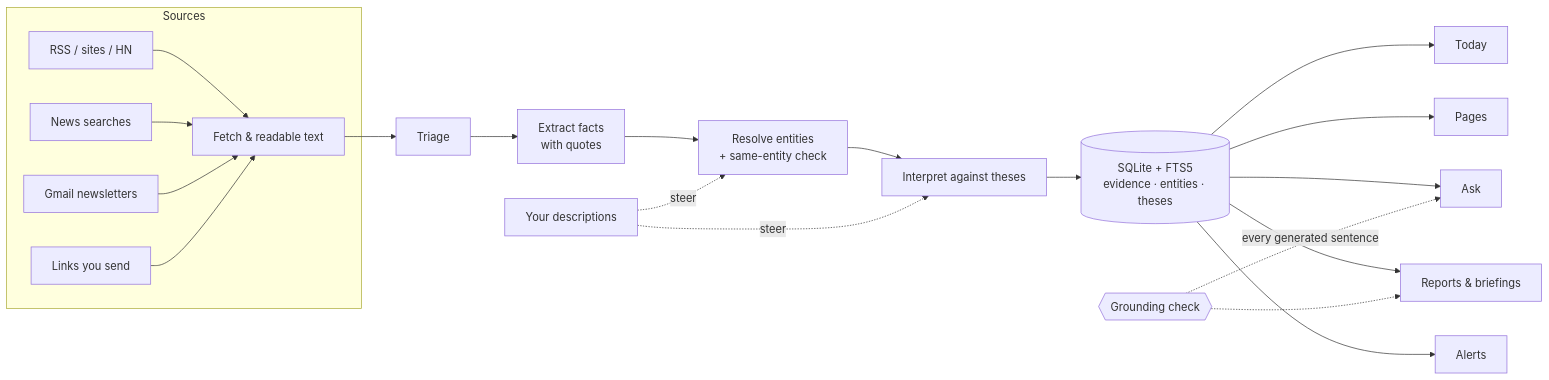
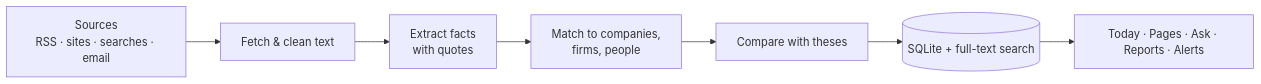
Before and after one commit to JSai23/thesis-desk: the diagram in README.md, drawn with Mermaid. The commit also changed other lines of this file, not shown here.

````diff
--- a/README.md
+++ b/README.md
@@ -82,23 +126,9 @@
 ```mermaid
 flowchart LR
-  subgraph Sources
-    RSS[RSS / sites / HN] --> F
-    NS[News searches] --> F
-    GM[Gmail newsletters] --> F
-    U[Links you send] --> F
-  end
-  F[Fetch & readable text] --> T[Triage]
-  T --> X[Extract facts<br/>with quotes]
-  X --> R[Resolve entities<br/>+ same-entity check]
-  R --> I[Interpret against theses]
-  I --> DB[(SQLite + FTS5<br/>evidence · entities · theses)]
-  DB --> TD[Today]
-  DB --> P[Pages]
-  DB --> A[Ask]
-  DB --> RP[Reports & briefings]
-  DB --> AL[Alerts]
-  Y[Your descriptions] -. steer .-> R
-  Y -. steer .-> I
-  G{{Grounding check}} -. every generated sentence .-> A
-  G -.-> RP
+  S[Sources<br/>RSS · sites · searches · email] --> F[Fetch & clean text]
+  F --> X[Extract facts<br/>with quotes]
+  X --> R[Match to companies,<br/>firms, people]
+  R --> I[Compare with theses]
+  I --> DB[(SQLite + full-text search)]
+  DB --> UI[Today · Pages · Ask · Reports · Alerts]
 ```
````
